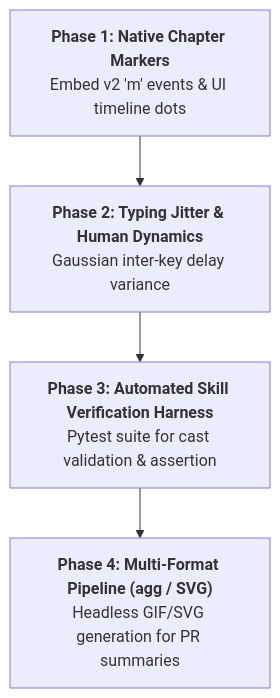
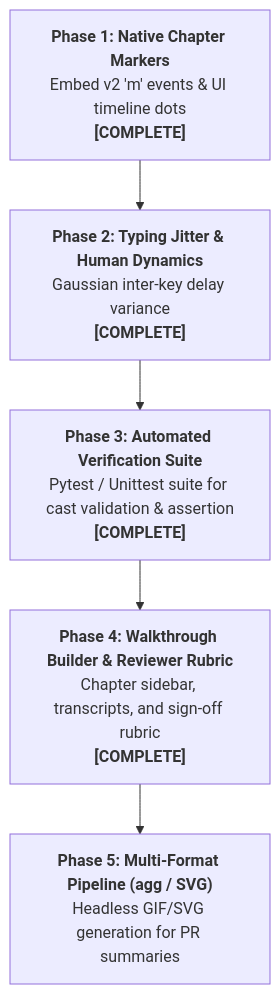
Before and after one commit to zeroasterisk/skills: the diagram in asciinema-explainer-walkthroughs/docs/roadmap_and_experiments.md, drawn with Mermaid. The commit also changed other lines of this file and 188 other files, not shown here.

First line of the commit message:
feat(skills): add humanizer, diagram-design, developer-trends-intel, and opm-tracking skills

````diff
--- a/asciinema-explainer-walkthroughs/docs/roadmap_and_experiments.md
+++ b/asciinema-explainer-walkthroughs/docs/roadmap_and_experiments.md
@@ -9,6 +9,7 @@
 ```mermaid
 flowchart TD
-    E1["<b>Phase 1: Native Chapter Markers</b><br/>Embed v2 'm' events & UI timeline dots"] --> E2["<b>Phase 2: Typing Jitter & Human Dynamics</b><br/>Gaussian inter-key delay variance"]
-    E2 --> E3["<b>Phase 3: Automated Skill Verification Harness</b><br/>Pytest suite for cast validation & assertion"]
-    E3 --> E4["<b>Phase 4: Multi-Format Pipeline (agg / SVG)</b><br/>Headless GIF/SVG generation for PR summaries"]
+    E1["<b>Phase 1: Native Chapter Markers</b><br/>Embed v2 'm' events & UI timeline dots<br/><b>[COMPLETE]</b>"] --> E2["<b>Phase 2: Typing Jitter & Human Dynamics</b><br/>Gaussian inter-key delay variance<br/><b>[COMPLETE]</b>"]
+    E2 --> E3["<b>Phase 3: Automated Verification Suite</b><br/>Pytest / Unittest suite for cast validation & assertion<br/><b>[COMPLETE]</b>"]
+    E3 --> E4["<b>Phase 4: Walkthrough Builder & Reviewer Rubric</b><br/>Chapter sidebar, transcripts, and sign-off rubric<br/><b>[COMPLETE]</b>"]
+    E4 --> E5["<b>Phase 5: Multi-Format Pipeline (agg / SVG)</b><br/>Headless GIF/SVG generation for PR summaries"]
 ```
````
